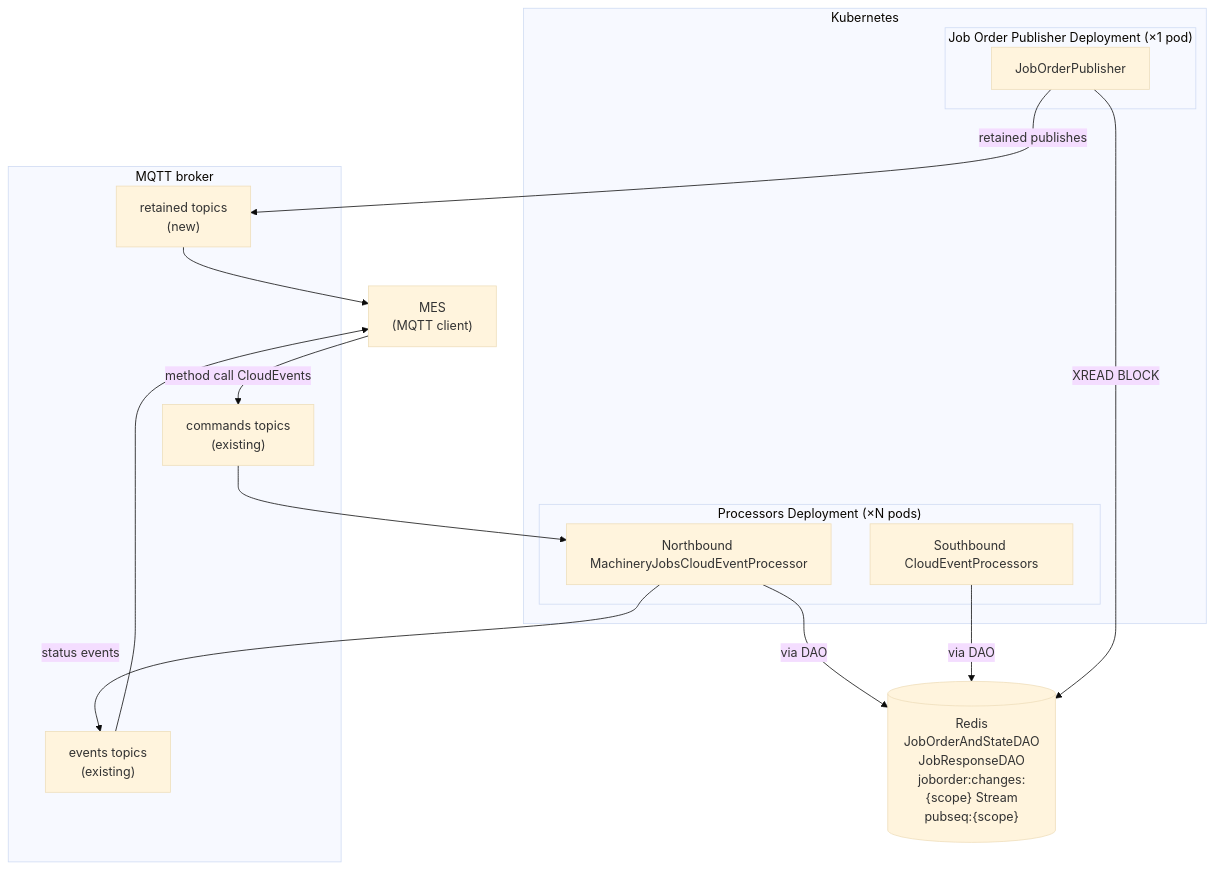
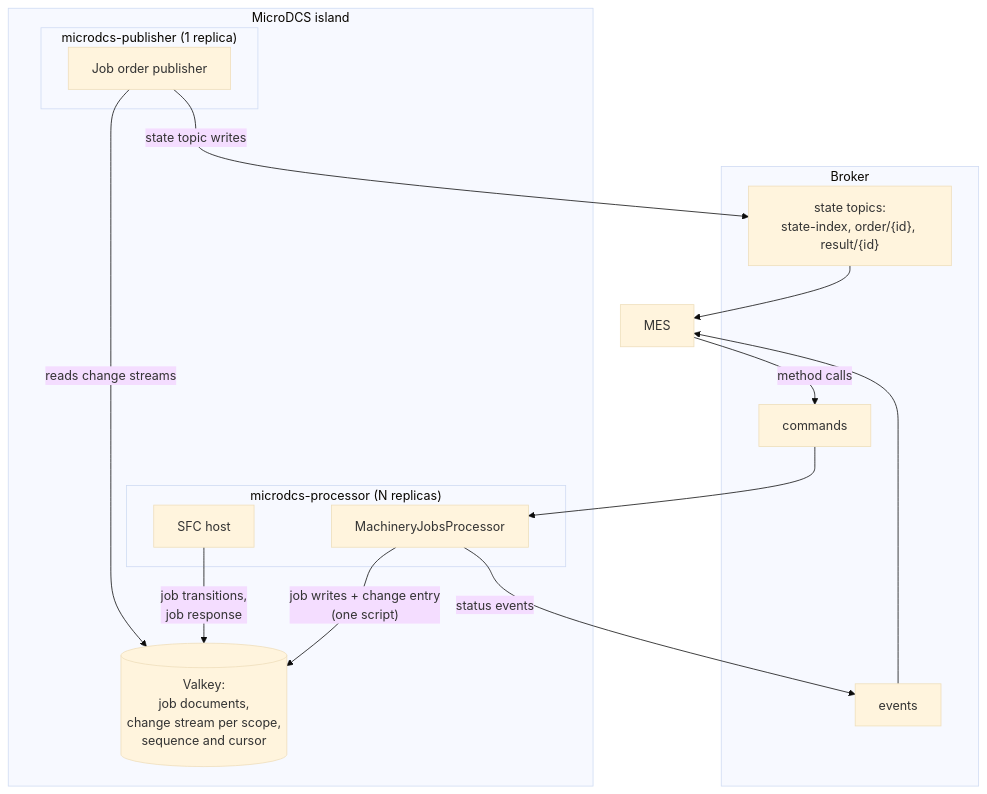
One commit to aschamberger/microdcs changed the first of 2 diagrams in docs/machinery-jobs-mes-publishing.md. Above: the diagram before and after it, drawn with Mermaid (base theme). The commit also changed other lines of this file and 42 other files, not shown here.

````diff
--- a/docs/machinery-jobs-mes-publishing.md
+++ b/docs/machinery-jobs-mes-publishing.md
@@ -47,32 +34,28 @@
 ```mermaid
 flowchart TB
-  MES["MES\n(MQTT client)"]
+  MES["MES"]
 
-  subgraph Broker["MQTT broker"]
-    cmd["commands topics\n(existing)"]
-    retained["retained topics\n(new)"]
-    events["events topics\n(existing)"]
+  subgraph Broker["Broker"]
+    cmd["commands"]
+    events["events"]
+    state["state topics:<br/>state-index, order/{id}, result/{id}"]
   end
 
-  subgraph K8s["Kubernetes"]
-    subgraph NB["Processors Deployment (×N pods)"]
-      proc["Northbound MachineryJobsCloudEventProcessor"]
-      south["Southbound CloudEventProcessors"]
+  subgraph Island["MicroDCS island"]
+    subgraph Proc["microdcs-processor (N replicas)"]
+      proc["MachineryJobsProcessor"]
+      sfc["SFC host"]
     end
-    subgraph Publisher["Job Order Publisher Deployment (×1 pod)"]
-      pub["JobOrderPublisher"]
+    subgraph Pub["microdcs-publisher (1 replica)"]
+      pub["Job order publisher"]
     end
+    valkey[("Valkey:<br/>job documents,<br/>change stream per scope,<br/>sequence and cursor")]
   end
 
-  Redis[("Redis\nJobOrderAndStateDAO\nJobResponseDAO\njoborder:changes:{scope} Stream\npubseq:{scope}")]
-
-  MES -- "method call CloudEvents" --> cmd
-  cmd --> proc
-  proc -- "status events" --> events
-  events --> MES
-  proc -- "via DAO" --> Redis
-  south -- "via DAO" --> Redis
-  pub -- "XREAD BLOCK" --> Redis
-  pub -- "retained publishes" --> retained
-  retained --> MES
+  MES -- "method calls" --> cmd --> proc
+  proc -- "status events" --> events --> MES
+  proc -- "job writes + change entry<br/>(one script)" --> valkey
+  sfc -- "job transitions,<br/>job response" --> valkey
+  pub -- "reads change streams" --> valkey
+  pub -- "state topic writes" --> state --> MES
 ```
````
